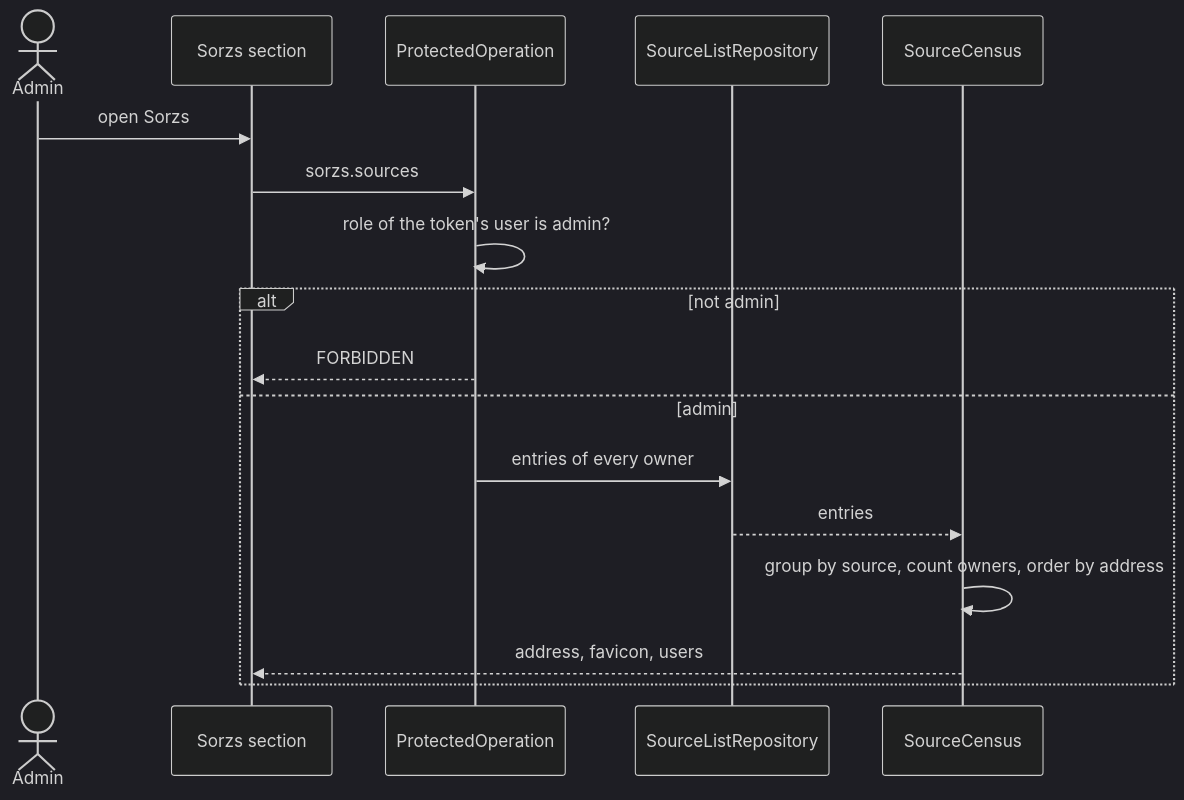
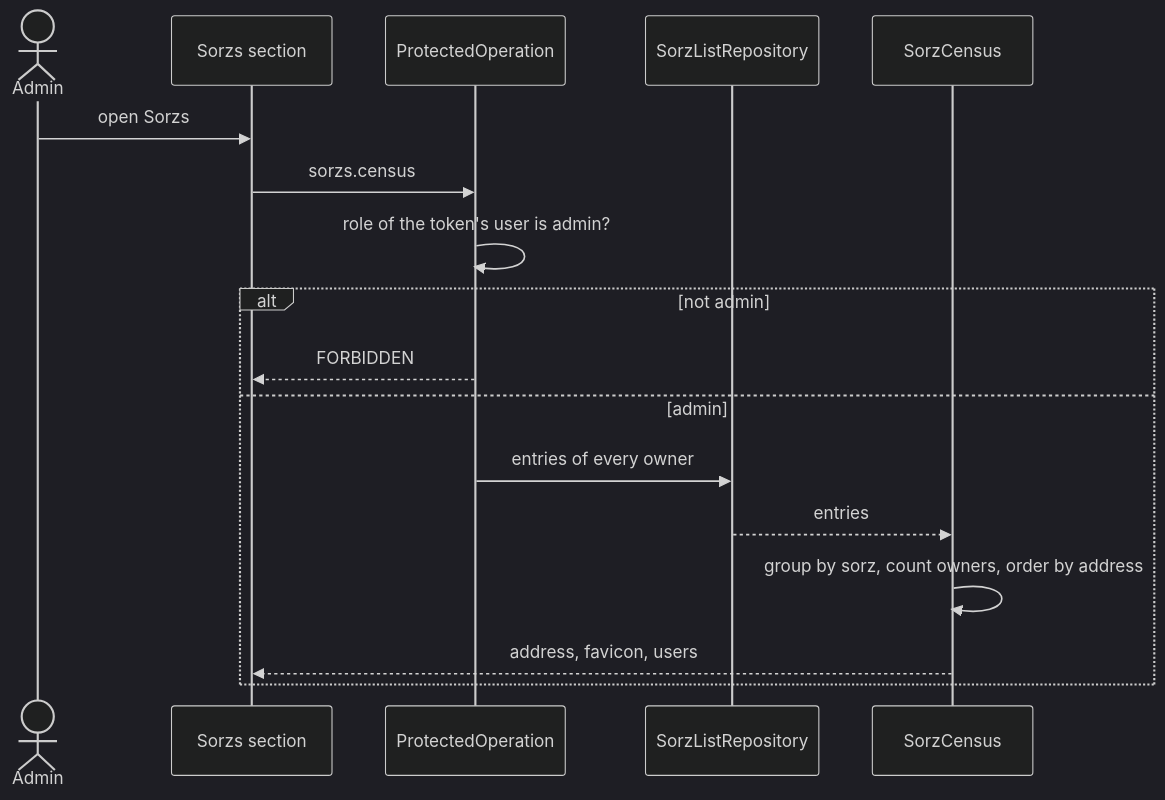
Before and after one commit to xaviuzz/prometeuzz: the diagram in harnesses/Sorzs/.claude/specs/backoffice-sorzs.md, drawn with Mermaid (dark theme). The commit also changed other lines of this file and 72 other files, not shown here.

Commit message:
🤖 say sorz in the Sorzs docs decisions and specs

````diff
--- a/harnesses/Sorzs/.claude/specs/backoffice-sorzs.md
+++ b/harnesses/Sorzs/.claude/specs/backoffice-sorzs.md
@@ -50,19 +50,19 @@
 ```mermaid
 sequenceDiagram
     actor Admin
     participant UI as Sorzs section
     participant API as ProtectedOperation
-    participant Repo as SourceListRepository
-    participant Census as SourceCensus
+    participant Repo as SorzListRepository
+    participant Census as SorzCensus
     Admin->>UI: open Sorzs
-    UI->>API: sorzs.sources
+    UI->>API: sorzs.census
     API->>API: role of the token's user is admin?
     alt not admin
         API-->>UI: FORBIDDEN
     else admin
         API->>Repo: entries of every owner
         Repo-->>Census: entries
-        Census->>Census: group by source, count owners, order by address
+        Census->>Census: group by sorz, count owners, order by address
         Census-->>UI: address, favicon, users
     end
 ```
````
